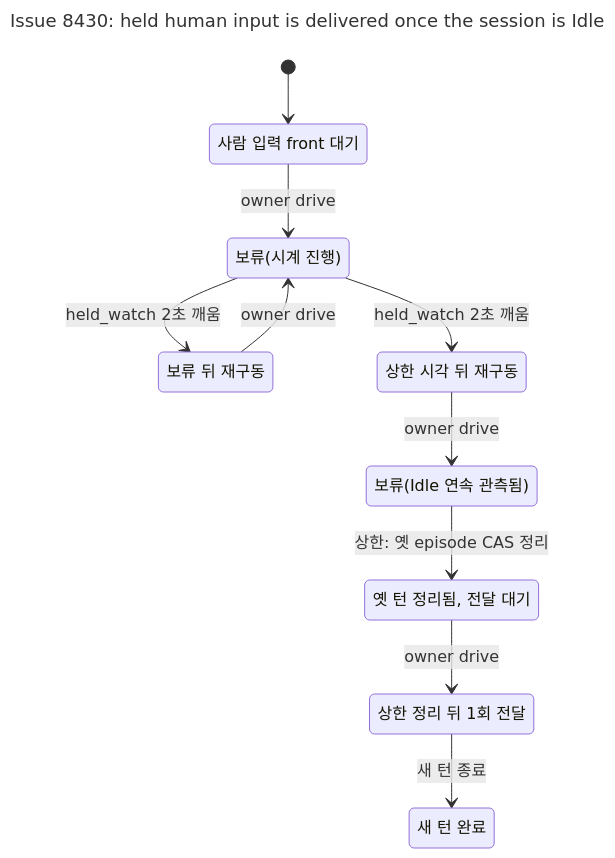
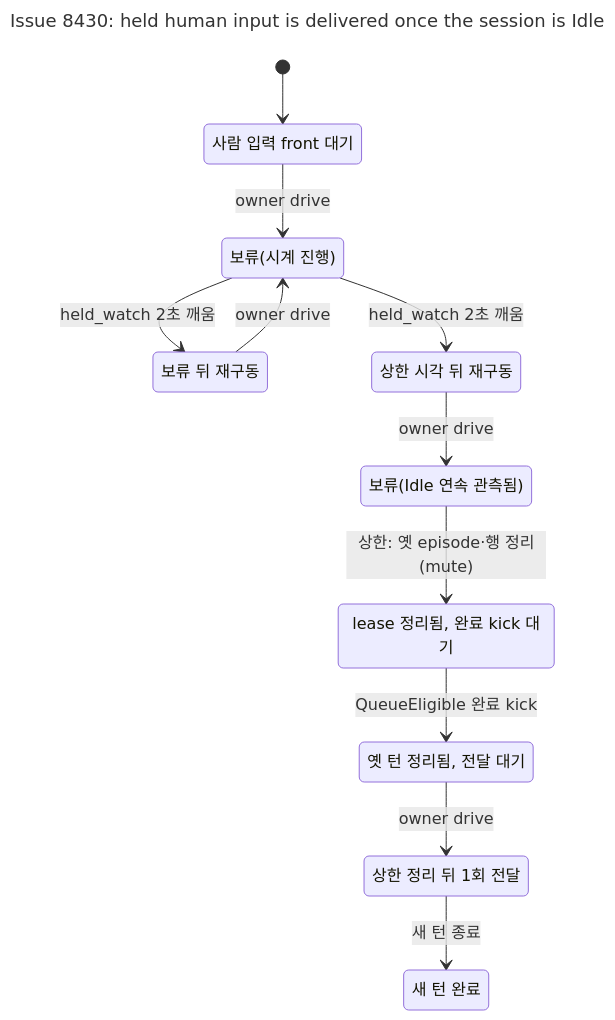
Before and after one commit to itismyfield/AgentDesk: the diagram in docs/statecharts/input-single-path/human-hold-bound.target-incident.chart.mmd, drawn with Mermaid. The commit also changed 8 other files, not shown here.

```diff
--- a/docs/statecharts/input-single-path/human-hold-bound.target-incident.chart.mmd
+++ b/docs/statecharts/input-single-path/human-hold-bound.target-incident.chart.mmd
@@ -1,21 +1,23 @@
 ---
 title: "Issue 8430: held human input is delivered once the session is Idle"
 ---
 stateDiagram-v2
   s0: 사람 입력 front 대기
   s1: 보류(시계 진행)
   s2: 보류 뒤 재구동
   s3: 상한 시각 뒤 재구동
   s4: 보류(Idle 연속 관측됨)
-  s5: 옛 턴 정리됨, 전달 대기
-  s6: 상한 정리 뒤 1회 전달
-  s7: 새 턴 완료
+  s5: lease 정리됨, 완료 kick 대기
+  s6: 옛 턴 정리됨, 전달 대기
+  s7: 상한 정리 뒤 1회 전달
+  s8: 새 턴 완료
   [*] --> s0
   s0 --> s1: owner drive
   s1 --> s2: held_watch 2초 깨움
   s2 --> s1: owner drive
   s1 --> s3: held_watch 2초 깨움
   s3 --> s4: owner drive
-  s4 --> s5: 상한: 옛 episode CAS 정리
-  s5 --> s6: owner drive
-  s6 --> s7: 새 턴 종료
+  s4 --> s5: 상한: 옛 episode#183;행 정리(mute)
+  s5 --> s6: QueueEligible 완료 kick
+  s6 --> s7: owner drive
+  s7 --> s8: 새 턴 종료
```
